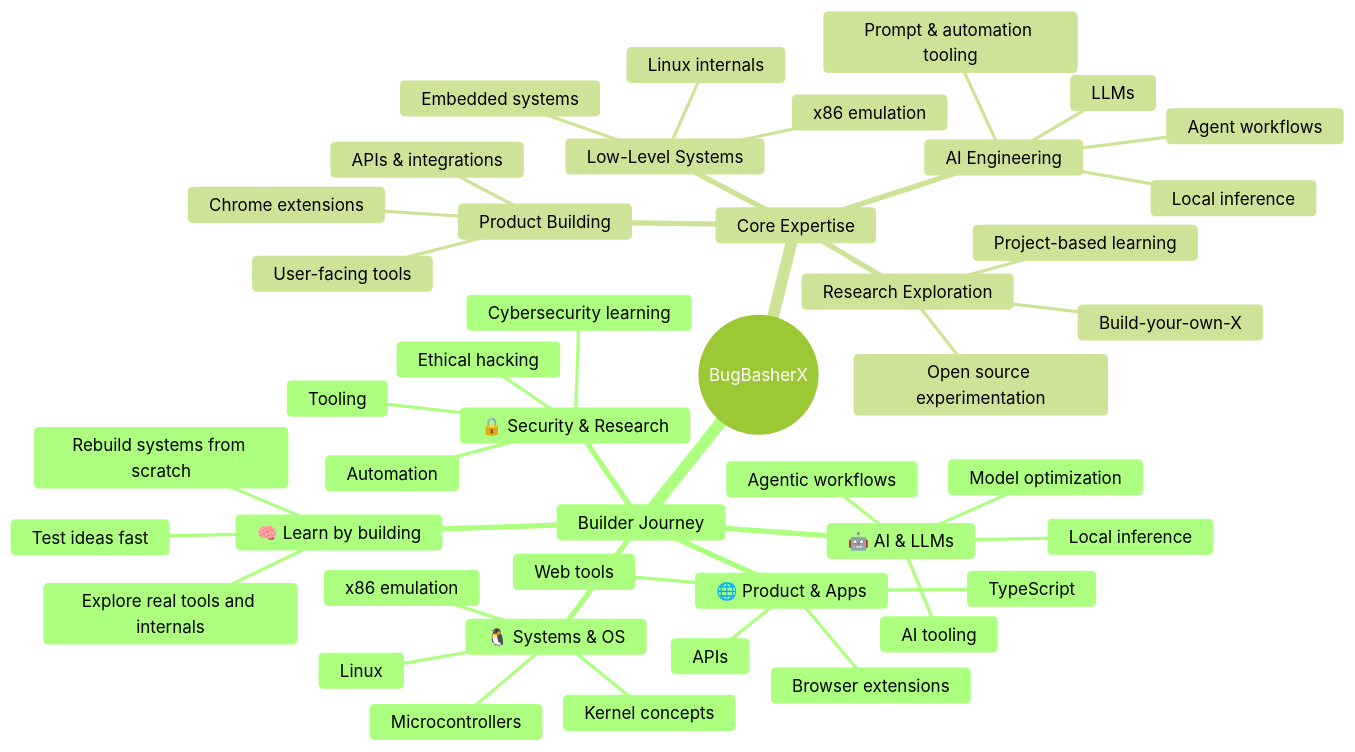
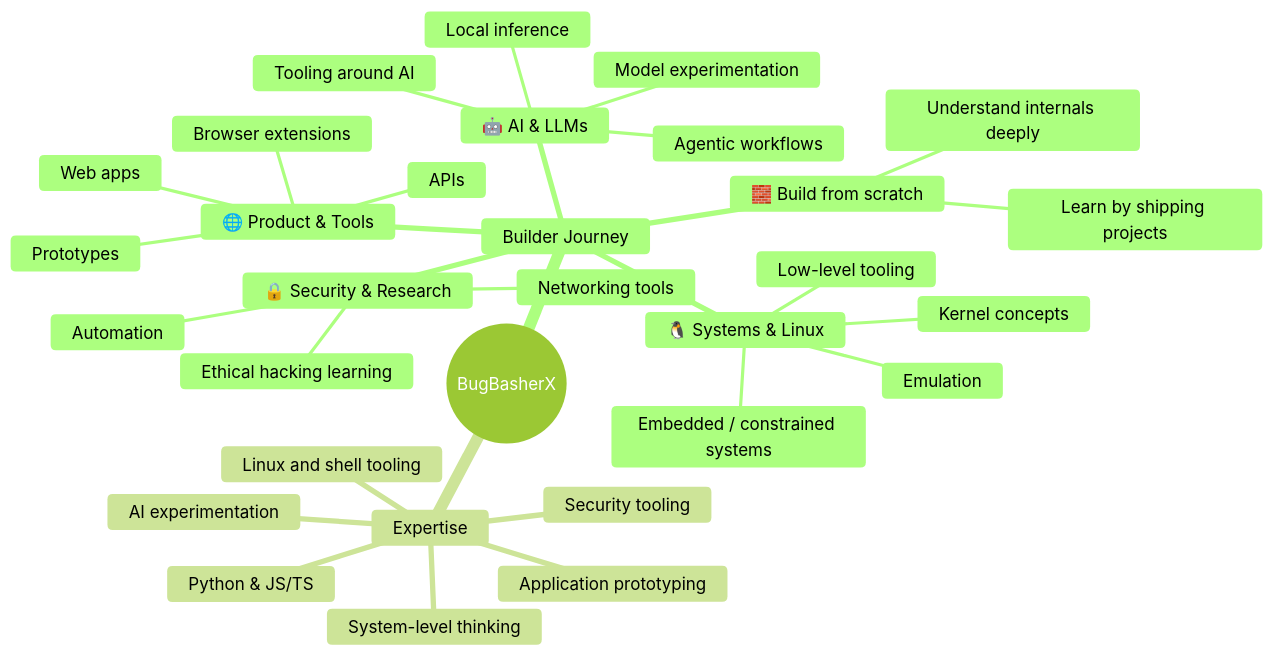
One commit to BugBasherX/BugBasherX changed the diagram in README.md. Above: the diagram before and after it, drawn with Mermaid. The commit also changed other lines of this file, not shown here.

Commit message:
Trim the README to match BugBasherX's actual skills, projects, and interests; remove overstated or unrelated technology claims

````diff
--- a/README.md
+++ b/README.md
@@ -108,48 +109,35 @@
 ```mermaid
 %%{init: {'theme':'forest', 'themeVariables': { 'background': 'transparent' }}}%%
 mindmap
   root((BugBasherX))
     Builder Journey
-      🧠 Learn by building
-        Rebuild systems from scratch
-        Explore real tools and internals
-        Test ideas fast
-      🐧 Systems & OS
-        Linux
+      🧱 Build from scratch
+        Understand internals deeply
+        Learn by shipping projects
+      🐧 Systems & Linux
         Kernel concepts
-        x86 emulation
-        Microcontrollers
+        Low-level tooling
+        Emulation
+        Embedded / constrained systems
       🤖 AI & LLMs
         Local inference
-        Model optimization
+        Model experimentation
         Agentic workflows
-        AI tooling
-      🌐 Product & Apps
-        TypeScript
+        Tooling around AI
+      🌐 Product & Tools
         Browser extensions
-        Web tools
+        Web apps
         APIs
+        Prototypes
       🔒 Security & Research
-        Ethical hacking
-        Tooling
+        Networking tools
+        Ethical hacking learning
         Automation
-        Cybersecurity learning
-    Core Expertise
-      Low-Level Systems
-        x86 emulation
-        Linux internals
-        Embedded systems
-      AI Engineering
-        LLMs
-        Local inference
-        Agent workflows
-        Prompt & automation tooling
-      Product Building
-        Chrome extensions
-        User-facing tools
-        APIs & integrations
-      Research Exploration
-        Build-your-own-X
-        Open source experimentation
-        Project-based learning
+    Expertise
+      System-level thinking
+      Python & JS/TS
+      Linux and shell tooling
+      AI experimentation
+      Application prototyping
+      Security tooling
 ```
````
